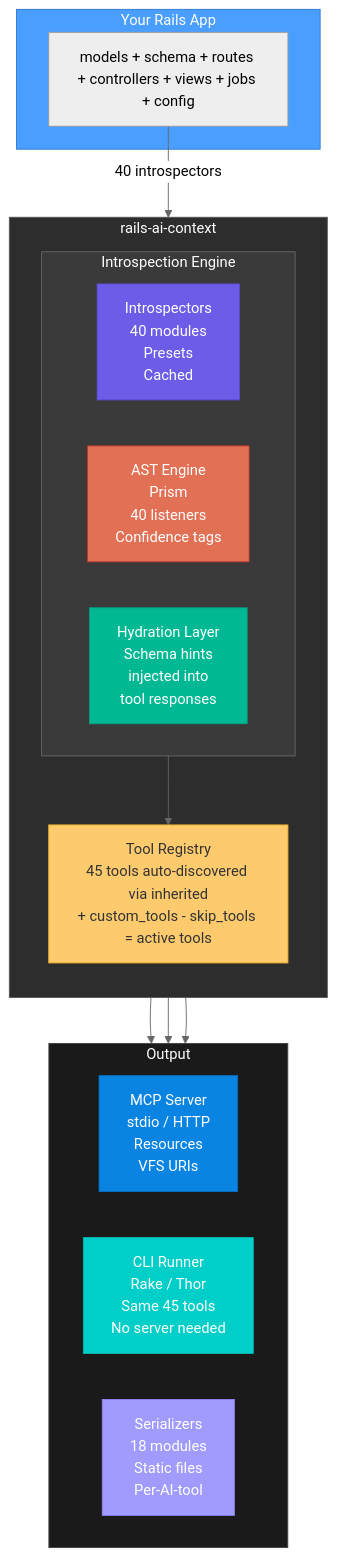
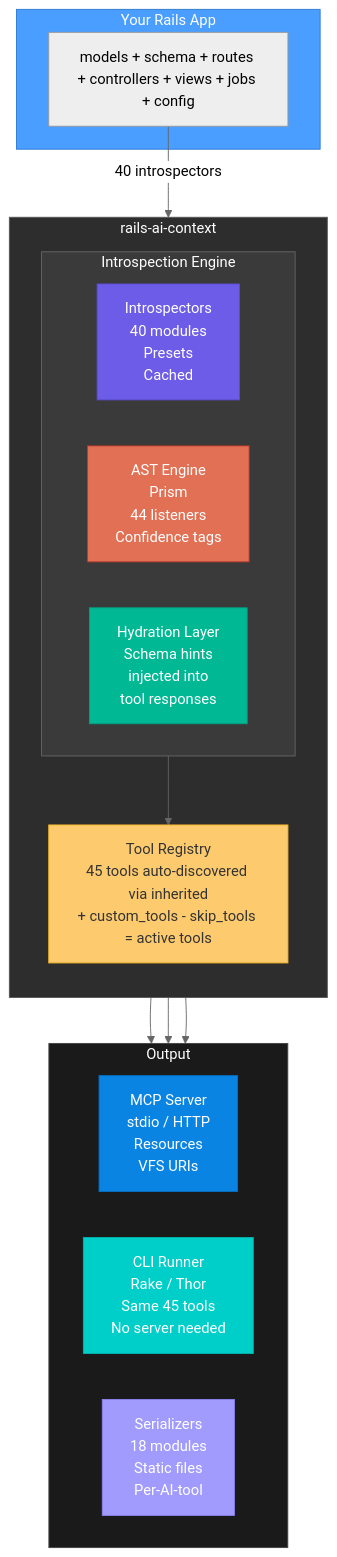
The first of 3 diagrams in docs/ARCHITECTURE.md (crisnahine/rails-ai-context), drawn with Mermaid (neutral theme) before and after one commit. The commit also changed other lines of this file and 1 other file, not shown here.

Commit message:
the architecture page states one listener count, and it matches the code
docs/ARCHITECTURE.md said 40 listeners in the diagram and 26 in the module
list, while lib/rails_ai_context/introspectors/listeners/ holds 44 (base
listener aside). The diagram now says 44, the list drops its own number so
there is one figure to keep, and a drift spec pins that figure to the
listener files.

````diff
--- a/docs/ARCHITECTURE.md
+++ b/docs/ARCHITECTURE.md
@@ -15,44 +15,44 @@
 ```mermaid
 graph TD
     subgraph app["Your Rails App"]
         A["models + schema + routes + controllers + views + jobs + config"]
     end
 
     A -->|"40 introspectors"| gem
 
     subgraph gem["rails-ai-context"]
         direction TB
 
         subgraph engine["Introspection Engine"]
             direction LR
             I["Introspectors\n40 modules\nPresets\nCached"]
-            AST["AST Engine\nPrism\n40 listeners\nConfidence tags"]
+            AST["AST Engine\nPrism\n44 listeners\nConfidence tags"]
             H["Hydration Layer\nSchema hints\ninjected into\ntool responses"]
         end
 
         engine --> R["Tool Registry\n45 tools auto-discovered via inherited\n+ custom_tools - skip_tools = active tools"]
     end
 
     R --> MCP
     R --> CLI
     R --> S
 
     subgraph outputs["Output"]
         direction LR
         MCP["MCP Server\nstdio / HTTP\nResources\nVFS URIs"]
         CLI["CLI Runner\nRake / Thor\nSame 45 tools\nNo server needed"]
         S["Serializers\n18 modules\nStatic files\nPer-AI-tool"]
     end
 
     style app fill:#4a9eff,stroke:#2d7ad4,color:#fff
     style gem fill:#2d2d2d,stroke:#555,color:#fff
     style engine fill:#3a3a3a,stroke:#666,color:#fff
     style outputs fill:#1a1a1a,stroke:#444,color:#fff
     style I fill:#6c5ce7,stroke:#5a4bd1,color:#fff
     style AST fill:#e17055,stroke:#c0392b,color:#fff
     style H fill:#00b894,stroke:#00a381,color:#fff
     style R fill:#fdcb6e,stroke:#f0b429,color:#333
     style MCP fill:#0984e3,stroke:#0770c2,color:#fff
     style CLI fill:#00cec9,stroke:#00b5b0,color:#fff
     style S fill:#a29bfe,stroke:#8c83f0,color:#fff
 ```
````
